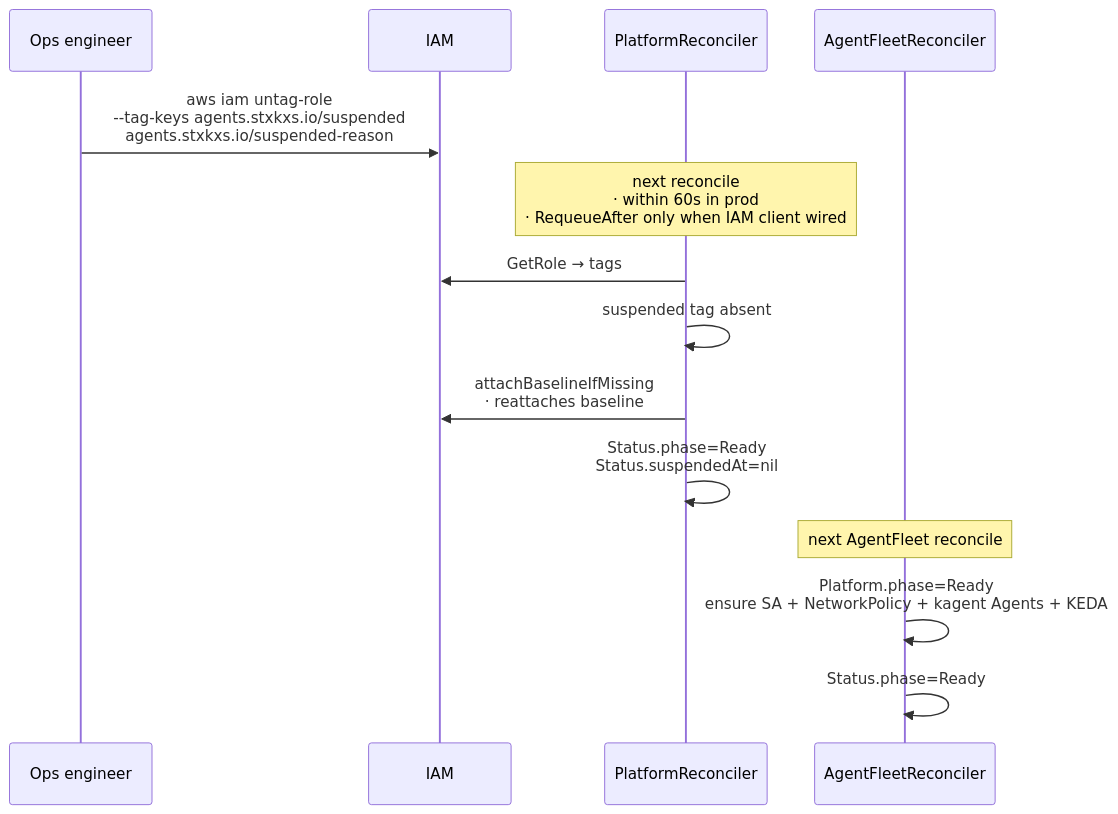
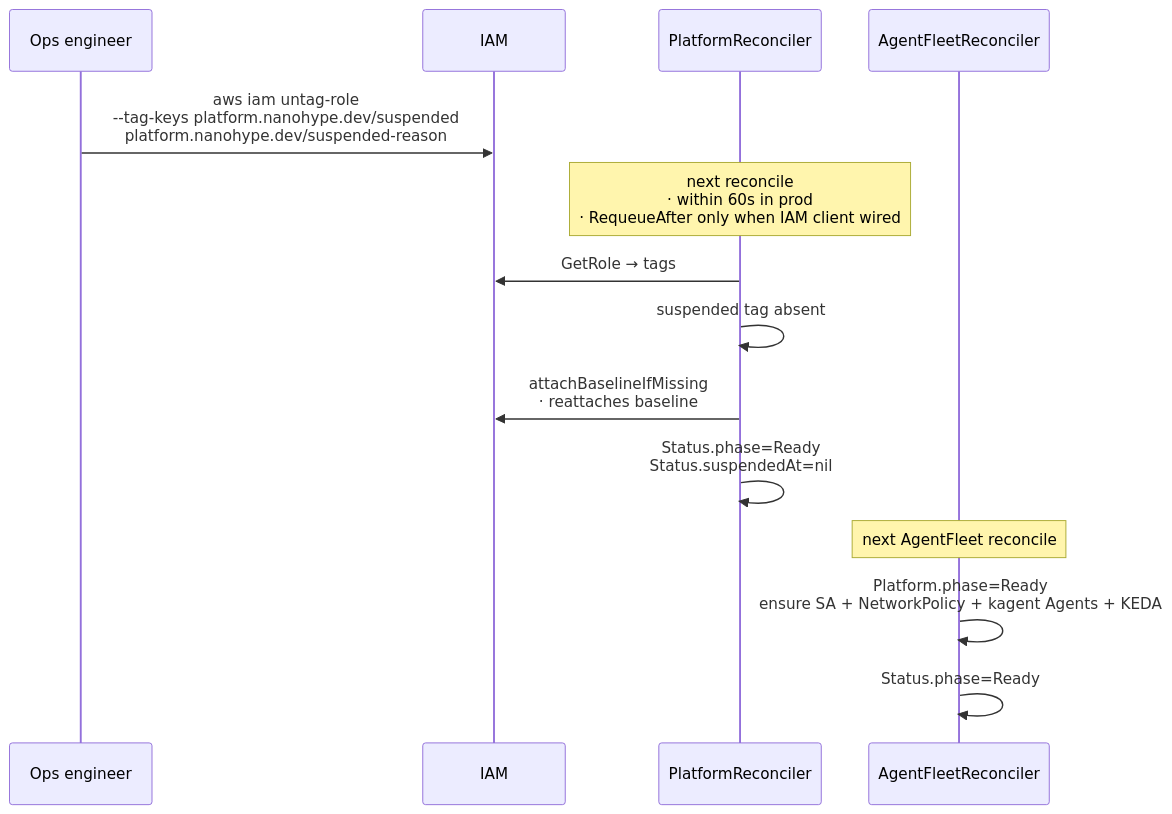
The second of 2 diagrams in docs/architecture/kill-switch-flow.md (nanohype/eks-agent-platform), drawn with Mermaid before and after one commit. The commit also changed other lines of this file and 134 other files, not shown here.

First line of the commit message:
refactor: migrate CRD API groups to nanohype.dev + spell out eks-agent-platform

````diff
--- a/docs/architecture/kill-switch-flow.md
+++ b/docs/architecture/kill-switch-flow.md
@@ -52,17 +52,17 @@
 ```mermaid
 sequenceDiagram
   participant Ops as Ops engineer
   participant IAM
   participant PR as PlatformReconciler
   participant AR as AgentFleetReconciler
 
-  Ops->>IAM: aws iam untag-role<br/>--tag-keys agents.stxkxs.io/suspended<br/>             agents.stxkxs.io/suspended-reason
+  Ops->>IAM: aws iam untag-role<br/>--tag-keys platform.nanohype.dev/suspended<br/>             platform.nanohype.dev/suspended-reason
   Note over PR: next reconcile<br/>· within 60s in prod<br/>· RequeueAfter only when IAM client wired
   PR->>IAM: GetRole → tags
   PR->>PR: suspended tag absent
   PR->>IAM: attachBaselineIfMissing<br/>· reattaches baseline
   PR->>PR: Status.phase=Ready<br/>Status.suspendedAt=nil
   Note over AR: next AgentFleet reconcile
   AR->>AR: Platform.phase=Ready<br/>ensure SA + NetworkPolicy + kagent Agents + KEDA
   AR->>AR: Status.phase=Ready
 ```
````
